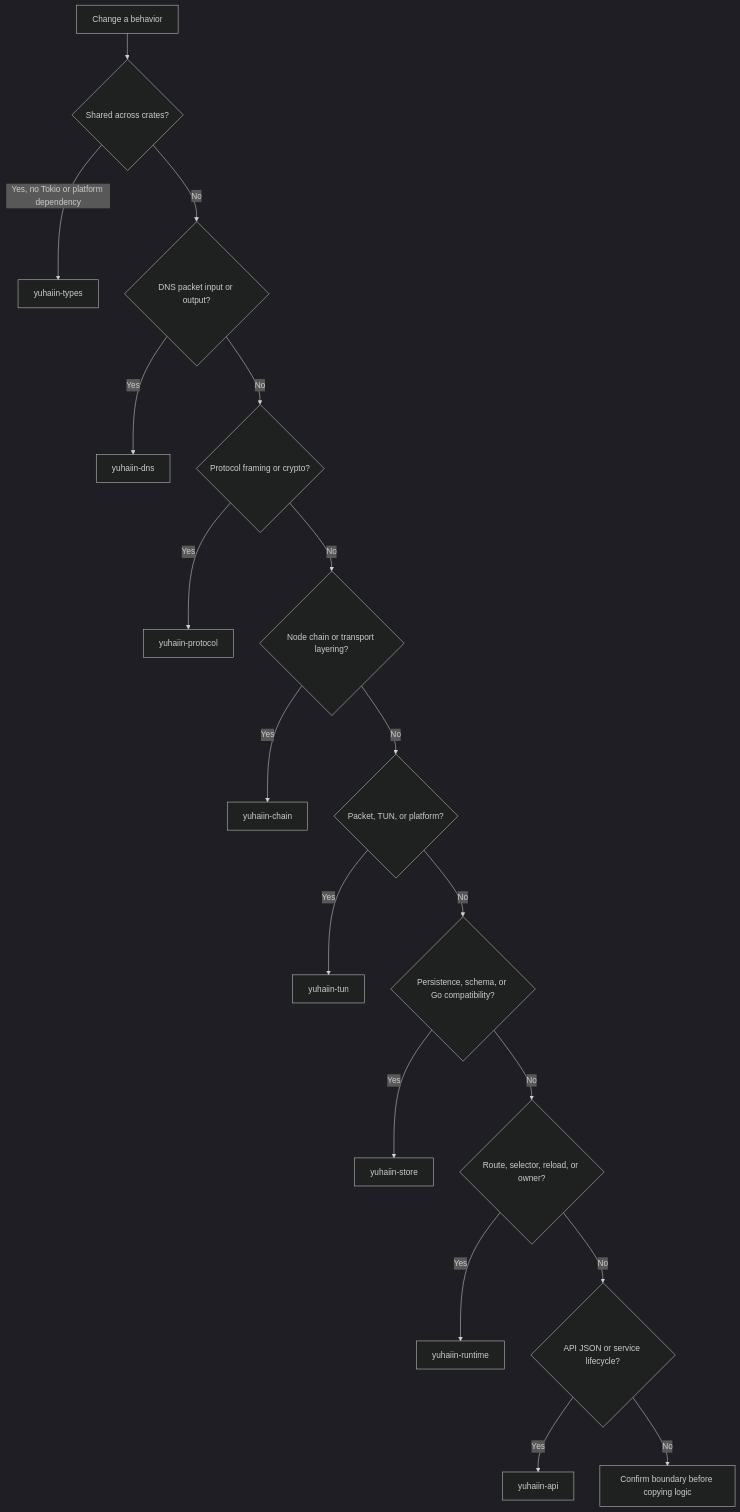
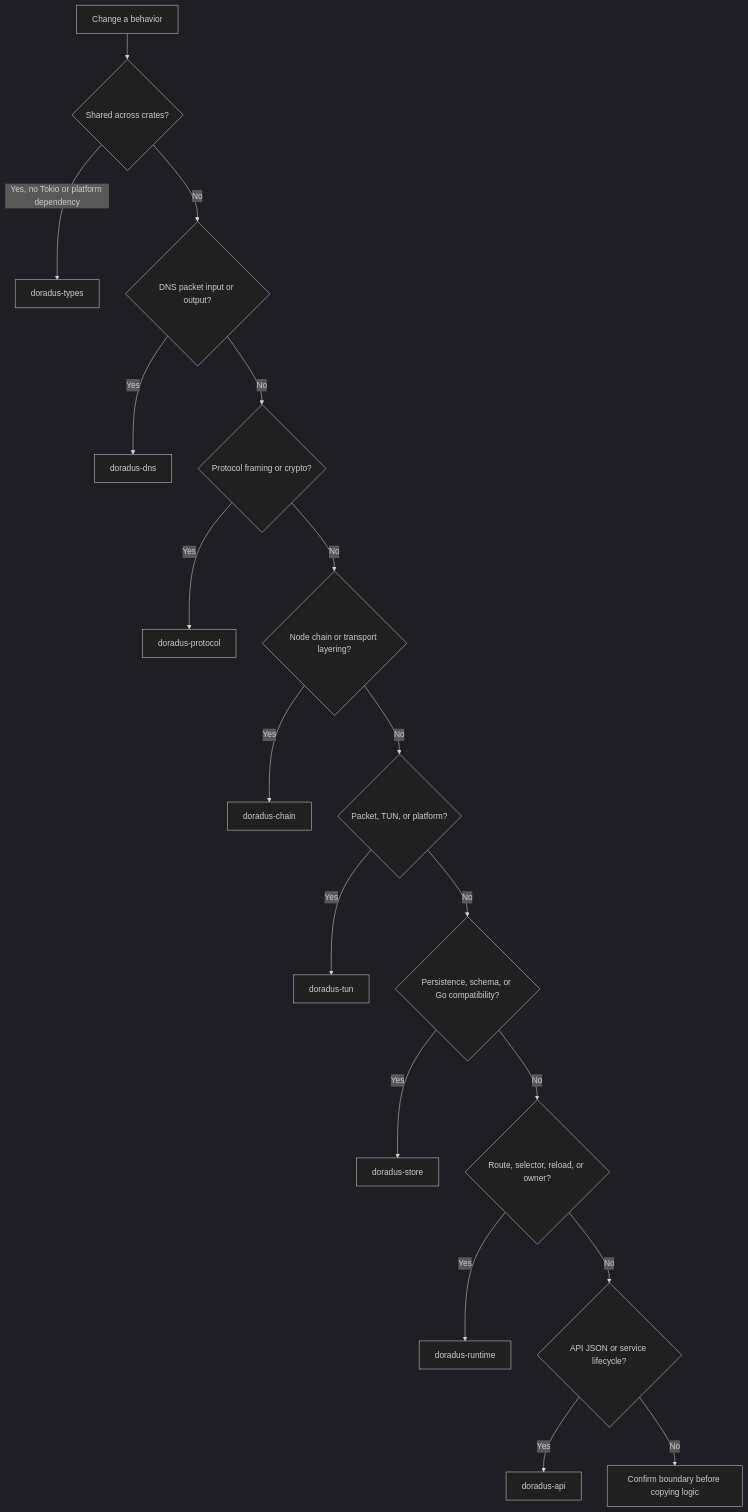
Diagram 11 of 11 in docs/ARCHITECTURE.md (yuhaiin/doradus), drawn with Mermaid (dark theme) before and after one commit. The commit also changed other lines of this file and 729 other files, not shown here.

First line of the commit message:
Refactor integration scripts to replace 'yuhaiin' with 'doradus'

```diff
--- a/docs/ARCHITECTURE.md
+++ b/docs/ARCHITECTURE.md
@@ -984,20 +995,20 @@
 ~~~mermaid
 flowchart TD
     START[Change a behavior] --> Q1{Shared across crates?}
-    Q1 -->|Yes, no Tokio or platform dependency| TYPES[yuhaiin-types]
+    Q1 -->|Yes, no Tokio or platform dependency| TYPES[doradus-types]
     Q1 -->|No| Q2{DNS packet input or output?}
-    Q2 -->|Yes| DNS[yuhaiin-dns]
+    Q2 -->|Yes| DNS[doradus-dns]
     Q2 -->|No| Q3{Protocol framing or crypto?}
-    Q3 -->|Yes| PROTO[yuhaiin-protocol]
+    Q3 -->|Yes| PROTO[doradus-protocol]
     Q3 -->|No| Q4{Node chain or transport layering?}
-    Q4 -->|Yes| CHAIN[yuhaiin-chain]
+    Q4 -->|Yes| CHAIN[doradus-chain]
     Q4 -->|No| Q5{Packet, TUN, or platform?}
-    Q5 -->|Yes| TUN[yuhaiin-tun]
+    Q5 -->|Yes| TUN[doradus-tun]
     Q5 -->|No| Q6{Persistence, schema, or Go compatibility?}
-    Q6 -->|Yes| STORE[yuhaiin-store]
+    Q6 -->|Yes| STORE[doradus-store]
     Q6 -->|No| Q7{Route, selector, reload, or owner?}
-    Q7 -->|Yes| RUNTIME[yuhaiin-runtime]
+    Q7 -->|Yes| RUNTIME[doradus-runtime]
     Q7 -->|No| Q8{API JSON or service lifecycle?}
-    Q8 -->|Yes| API[yuhaiin-api]
+    Q8 -->|Yes| API[doradus-api]
     Q8 -->|No| REVIEW[Confirm boundary before copying logic]
 ~~~
```
